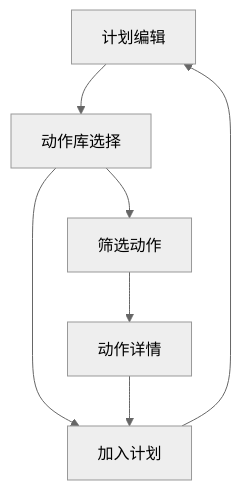
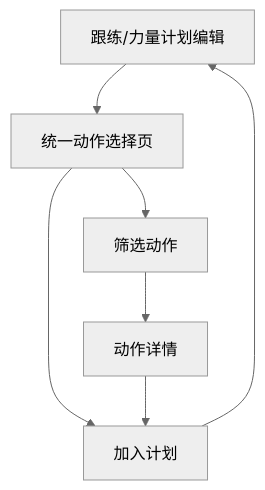
The third of 5 diagrams in docs/planning/ux-design.md (liujyks-creator/jianshen), drawn with Mermaid (neutral theme) before and after one commit. The commit also changed other lines of this file and 7 other files, not shown here.

````diff
--- a/docs/planning/ux-design.md
+++ b/docs/planning/ux-design.md
@@ -120,9 +128,9 @@
 ```mermaid
 flowchart TD
-    Edit["计划编辑"] --> Library["动作库选择"]
+    Edit["跟练/力量计划编辑"] --> Library["统一动作选择页"]
     Library --> Filter["筛选动作"]
     Filter --> Detail["动作详情"]
     Library --> Add["加入计划"]
     Detail --> Add
     Add --> Edit
 ```
````
